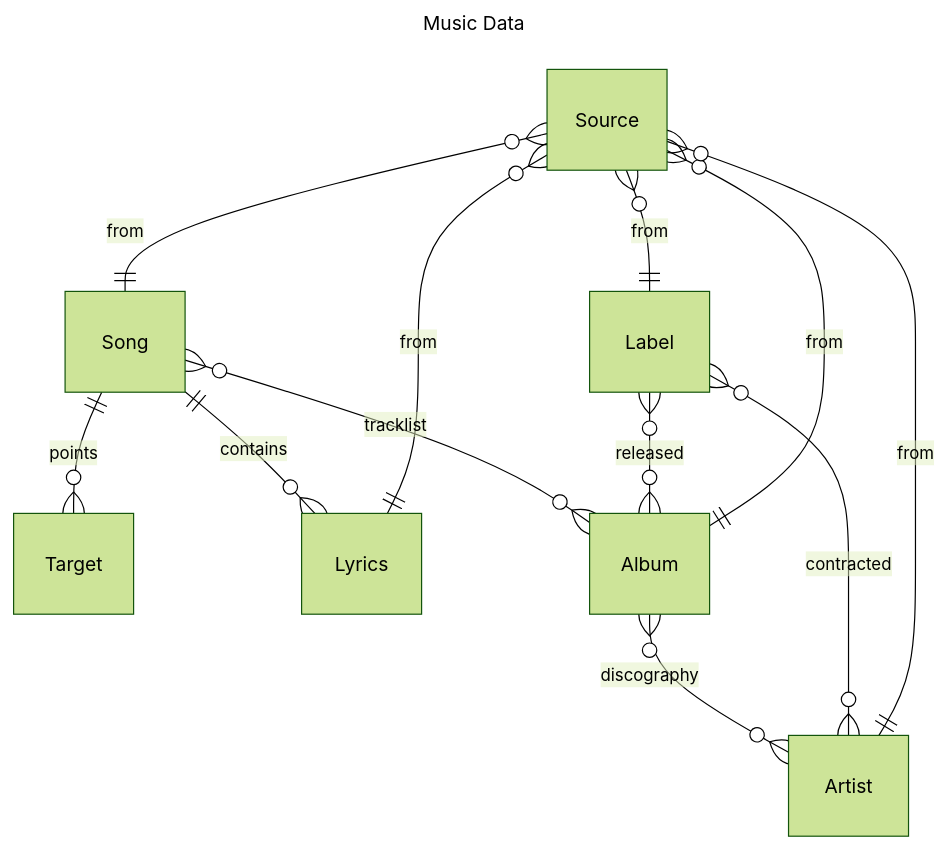
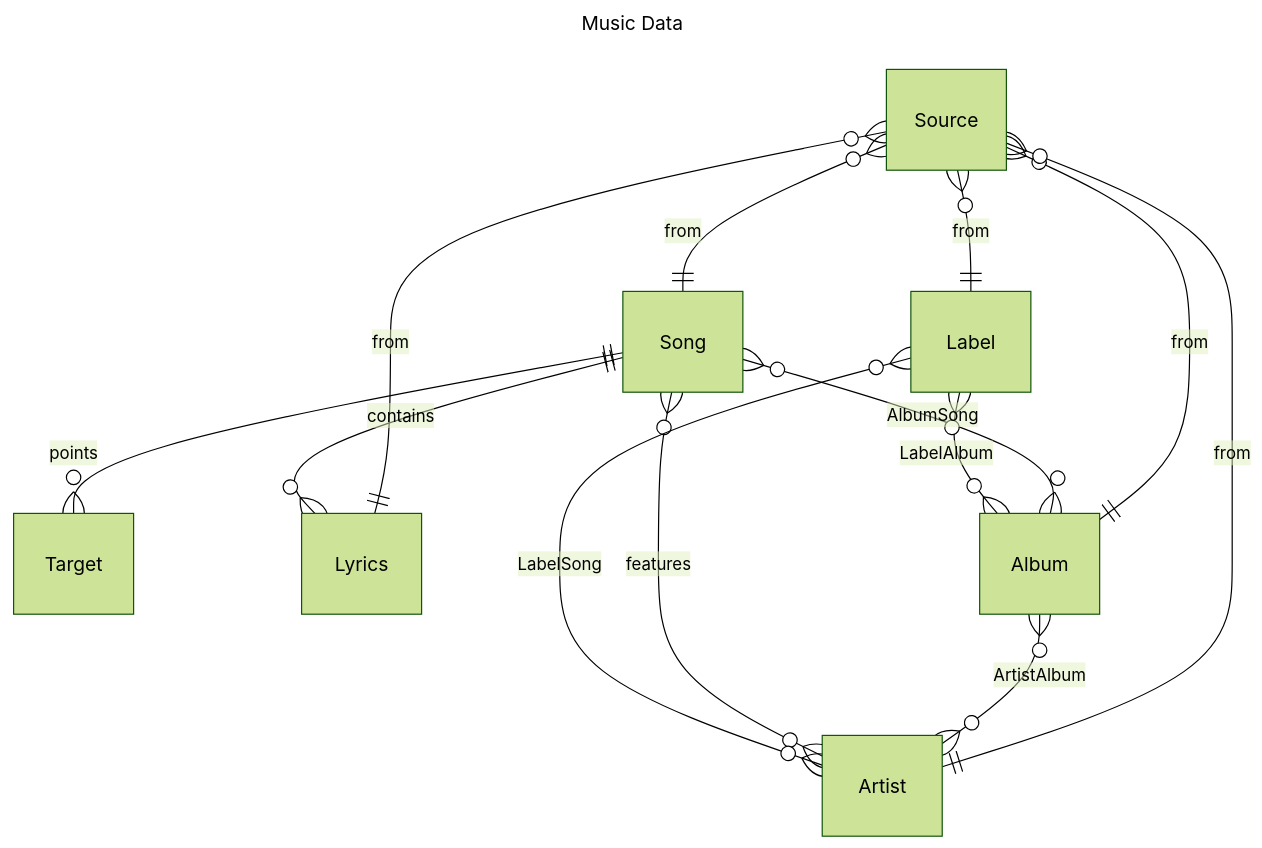
One commit to HeIIow2/music-downloader changed the second of 3 diagrams in README.md. Above: the diagram before and after it, drawn with Mermaid (forest theme). The commit also changed other lines of this file, not shown here.

````diff
--- a/README.md
+++ b/README.md
@@ -109,51 +109,52 @@
 ```mermaid
 ---
 title: Music Data
 ---
 erDiagram
 
 
 
 Target {
 
 }
 
 Lyrics {
 
 }
 
 Song {
 
 }
 
 Album {
 
 }
 
 Artist {
 
 }
 
 Label {
 
 }
 
 Source {
 
 }
 
-Song ||--o{ Lyrics : contains
-Song ||--o{ Target : points
-
-Song }o--o{ Album : tracklist
-Album }o--o{ Artist : discography
-
-Label }o--o{ Album : released
-Label }o--o{ Artist : contracted
-
 Source }o--|| Song : from
 Source }o--|| Lyrics : from
 Source }o--|| Album : from
 Source }o--|| Artist : from
 Source }o--|| Label : from
+
+Song }o--o{ Album : AlbumSong
+Album }o--o{ Artist : ArtistAlbum
+Song }o--o{ Artist : features
+
+Label }o--o{ Album : LabelAlbum
+Label }o--o{ Artist : LabelSong
+
+Song ||--o{ Lyrics : contains
+Song ||--o{ Target : points
 ```
````
